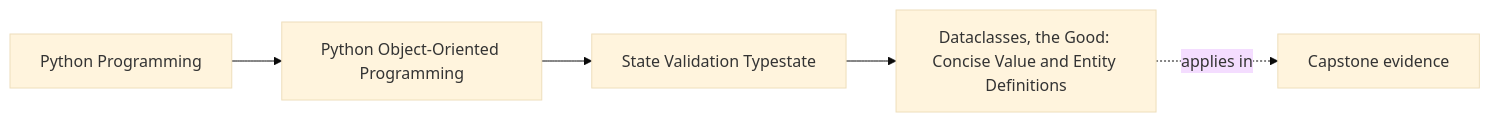
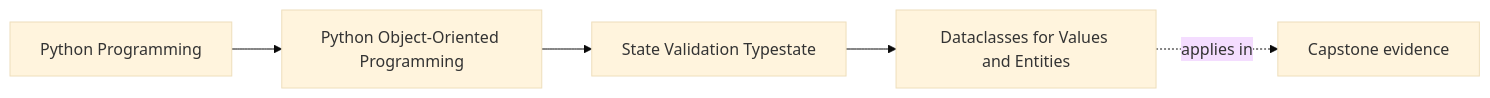
Before and after one commit to bijux/bijux-masterclass: the first of 2 diagrams in programs/python-programming/python-object-oriented-programming/course-book/module-03-state-validation-typestate/dataclasses-for-values-and-entities.md, drawn with Mermaid (base theme). The commit also changed other lines of this file, not shown here.

Commit message:
docs(oop): frame dataclasses around value and entity truth

````diff
--- a/programs/python-programming/python-object-oriented-programming/course-book/module-03-state-validation-typestate/dataclasses-for-values-and-entities.md
+++ b/programs/python-programming/python-object-oriented-programming/course-book/module-03-state-validation-typestate/dataclasses-for-values-and-entities.md
@@ -7,11 +6,11 @@
 ```mermaid
 graph LR
   family["Python Programming"]
   program["Python Object-Oriented Programming"]
   section["State Validation Typestate"]
-  page["Dataclasses, the Good: Concise Value and Entity Definitions"]
+  page["Dataclasses for Values and Entities"]
   capstone["Capstone evidence"]
 
   family --> program --> section --> page
   page -.applies in.-> capstone
 ```
````
